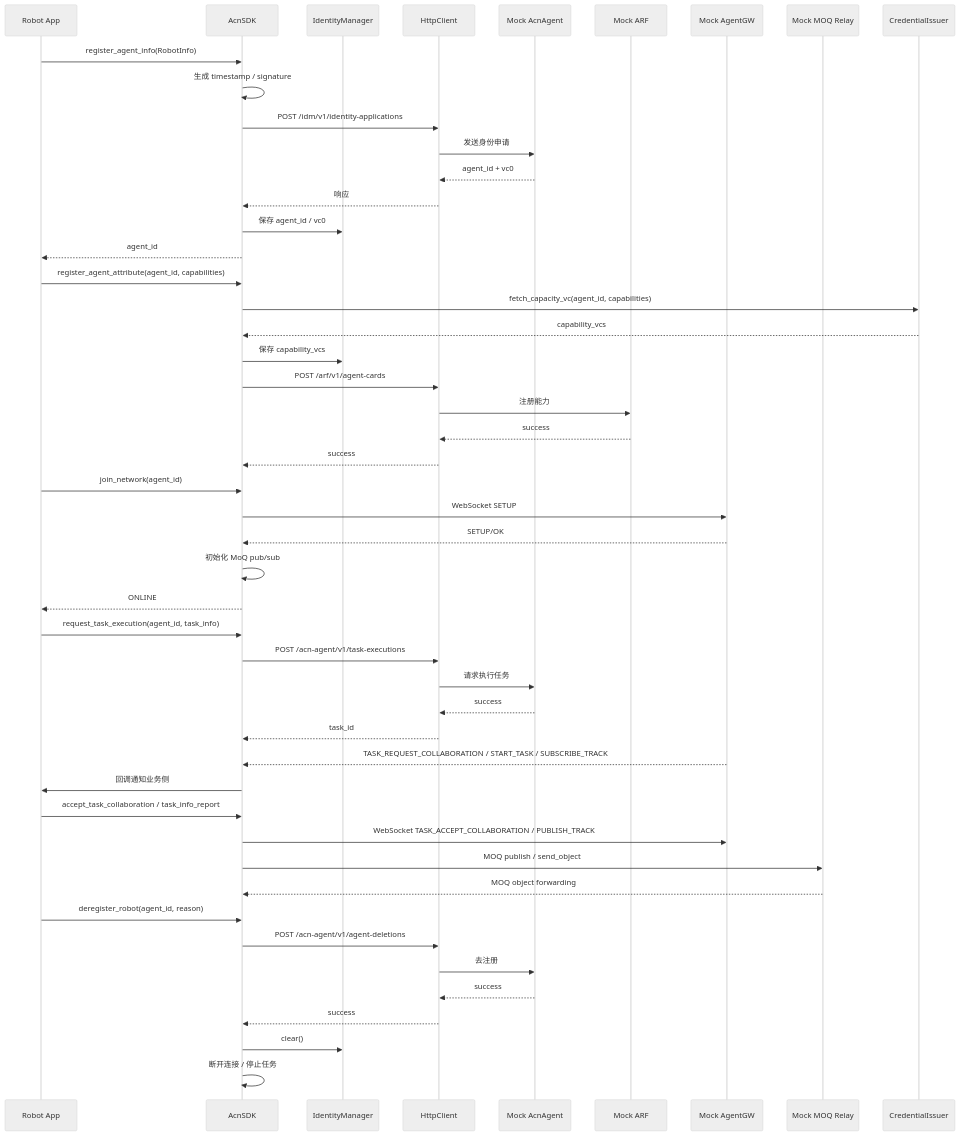
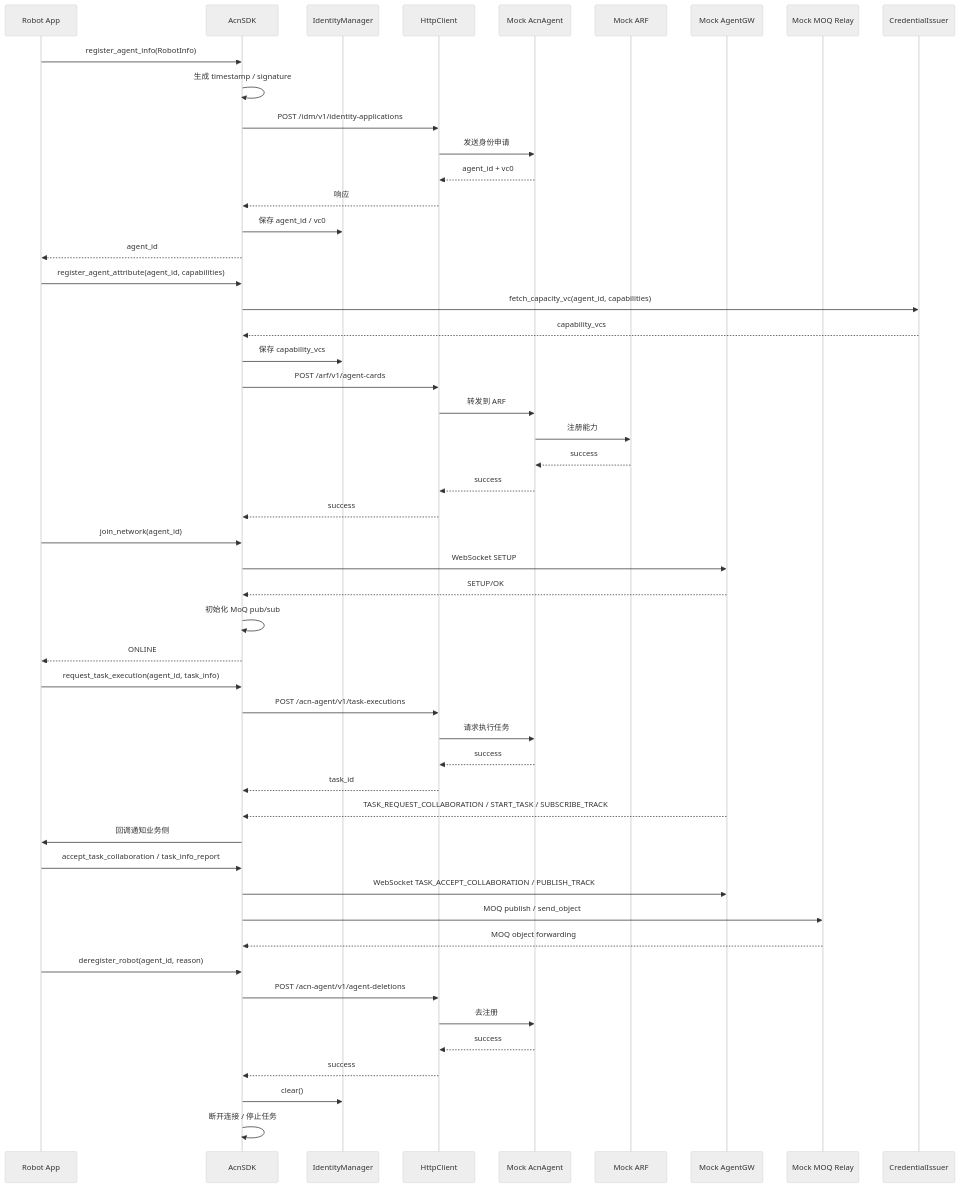
One commit to acore2026/acn_sdk changed the first of 2 diagrams in docs/ARCHITECTURE.md. Above: the diagram before and after it, drawn with Mermaid (neutral theme). The commit also changed 12 other files, not shown here.

Commit message:
port + arf http client bug fix

````diff
--- a/docs/ARCHITECTURE.md
+++ b/docs/ARCHITECTURE.md
@@ -38,57 +38,59 @@
 ```mermaid
 sequenceDiagram
     participant Robot as Robot App
     participant SDK as AcnSDK
     participant ID as IdentityManager
     participant HTTP as HttpClient
     participant Agent as Mock AcnAgent
     participant ARF as Mock ARF
     participant GW as Mock AgentGW
     participant Relay as Mock MOQ Relay
     participant Issuer as CredentialIssuer
 
     Robot->>SDK: register_agent_info(RobotInfo)
     SDK->>SDK: 生成 timestamp / signature
     SDK->>HTTP: POST /idm/v1/identity-applications
     HTTP->>Agent: 发送身份申请
     Agent-->>HTTP: agent_id + vc0
     HTTP-->>SDK: 响应
     SDK->>ID: 保存 agent_id / vc0
     SDK-->>Robot: agent_id
 
     Robot->>SDK: register_agent_attribute(agent_id, capabilities)
     SDK->>Issuer: fetch_capacity_vc(agent_id, capabilities)
     Issuer-->>SDK: capability_vcs
     SDK->>ID: 保存 capability_vcs
     SDK->>HTTP: POST /arf/v1/agent-cards
-    HTTP->>ARF: 注册能力
-    ARF-->>HTTP: success
+    HTTP->>Agent: 转发到 ARF
+    Agent->>ARF: 注册能力
+    ARF-->>Agent: success
+    Agent-->>HTTP: success
     HTTP-->>SDK: success
 
     Robot->>SDK: join_network(agent_id)
     SDK->>GW: WebSocket SETUP
     GW-->>SDK: SETUP/OK
     SDK->>SDK: 初始化 MoQ pub/sub
     SDK-->>Robot: ONLINE
 
     Robot->>SDK: request_task_execution(agent_id, task_info)
     SDK->>HTTP: POST /acn-agent/v1/task-executions
     HTTP->>Agent: 请求执行任务
     Agent-->>HTTP: success
     HTTP-->>SDK: task_id
 
     GW-->>SDK: TASK_REQUEST_COLLABORATION / START_TASK / SUBSCRIBE_TRACK
     SDK->>Robot: 回调通知业务侧
     Robot->>SDK: accept_task_collaboration / task_info_report
     SDK->>GW: WebSocket TASK_ACCEPT_COLLABORATION / PUBLISH_TRACK
     SDK->>Relay: MOQ publish / send_object
     Relay-->>SDK: MOQ object forwarding
 
     Robot->>SDK: deregister_robot(agent_id, reason)
     SDK->>HTTP: POST /acn-agent/v1/agent-deletions
     HTTP->>Agent: 去注册
     Agent-->>HTTP: success
     HTTP-->>SDK: success
     SDK->>ID: clear()
     SDK->>SDK: 断开连接 / 停止任务
 ```
````
